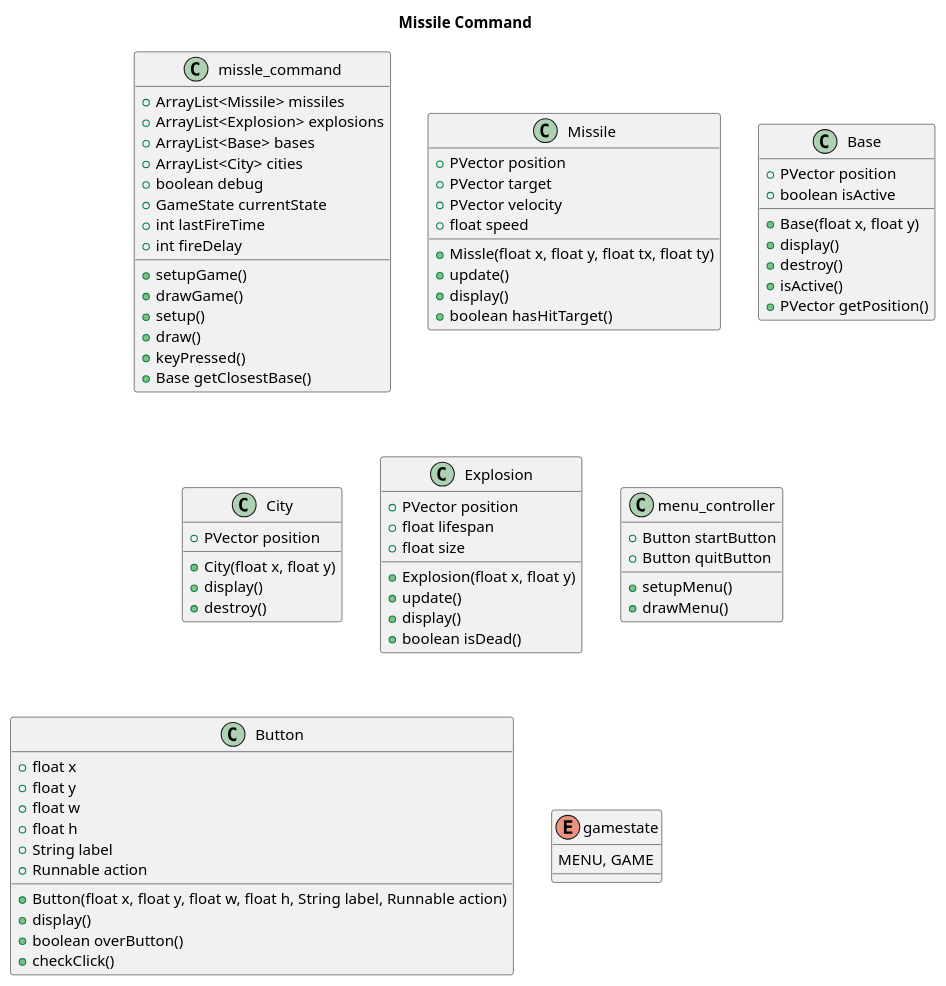
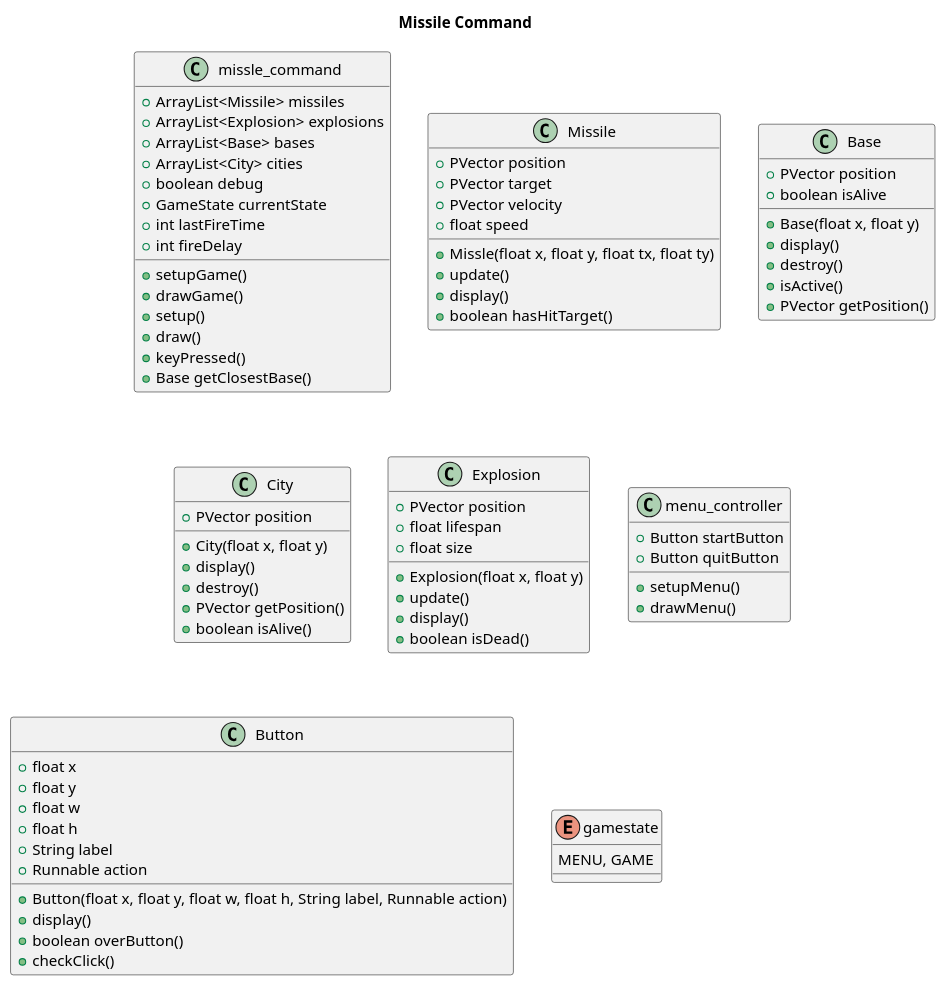
The diagram in UMLdiagram.puml (dangoodie/missile_command), drawn with PlantUML before and after one commit. The commit also changed 3 other files, not shown here.

Commit message:
Rendering cities UML diagram updated

```diff
--- a/UMLdiagram.puml
+++ b/UMLdiagram.puml
@@ -1,81 +1,83 @@
 @startuml Missile Command
 title Missile Command
 
 class missle_command {
   +ArrayList<Missile> missiles
   +ArrayList<Explosion> explosions
   +ArrayList<Base> bases
   +ArrayList<City> cities
   +boolean debug
   +GameState currentState
   +int lastFireTime
   +int fireDelay
   +setupGame()
   +drawGame()
   +setup()
   +draw()
   +keyPressed()
   +Base getClosestBase()
 }
 
 class Missile {
   +PVector position
   +PVector target
   +PVector velocity
   +float speed
   +Missle(float x, float y, float tx, float ty)
   +update()
   +display()
   +boolean hasHitTarget()
 }
 
 class Base {
   +PVector position
-  +boolean isActive
+  +boolean isAlive
   +Base(float x, float y)
   +display()
   +destroy()
   +isActive()
   +PVector getPosition()
 }
 
 class City {
   +PVector position
   +City(float x, float y)
   +display()
   +destroy()
+  +PVector getPosition()
+  +boolean isAlive()
 }
 
 class Explosion {
   +PVector position
   +float lifespan
   +float size
   +Explosion(float x, float y)
   +update()
   +display()
   +boolean isDead()
 }
 
 class menu_controller {
   +Button startButton
   +Button quitButton
   +setupMenu()
   +drawMenu()
 }
 
 class Button {
   +float x
   +float y
   +float w
   +float h
   +String label
   +Runnable action
   +Button(float x, float y, float w, float h, String label, Runnable action)
   +display()
   +boolean overButton()
   +checkClick()
 }
 enum gamestate {
   MENU, GAME
 }
 @enduml
```
